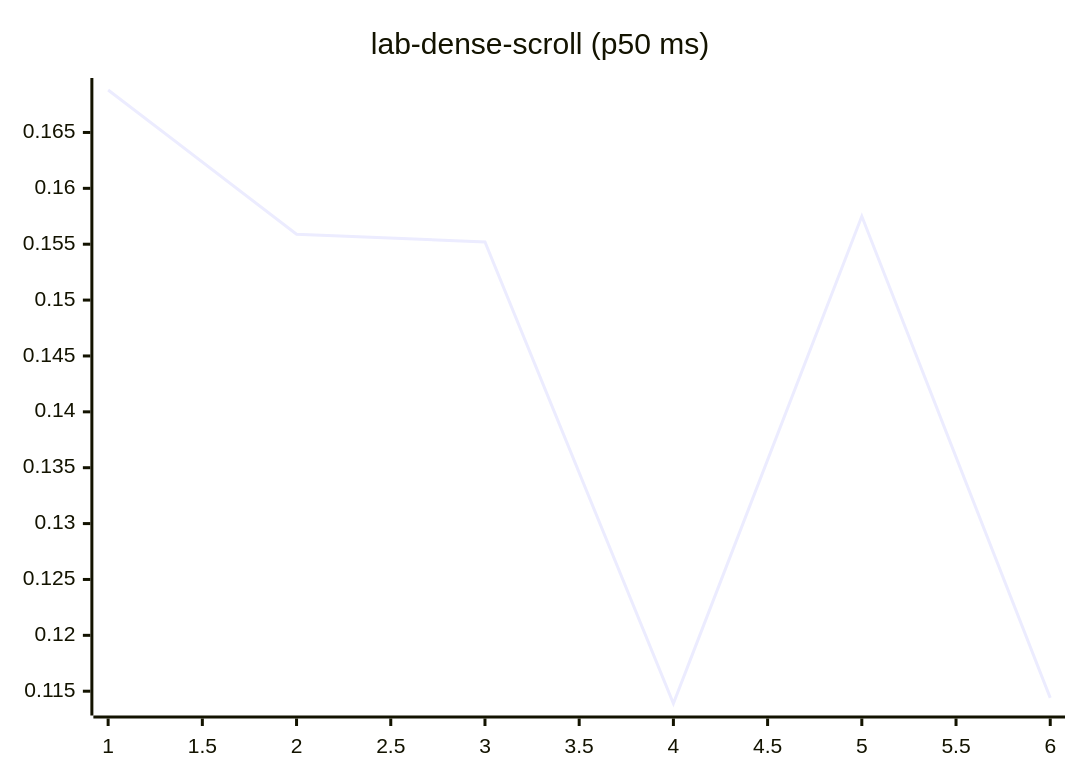
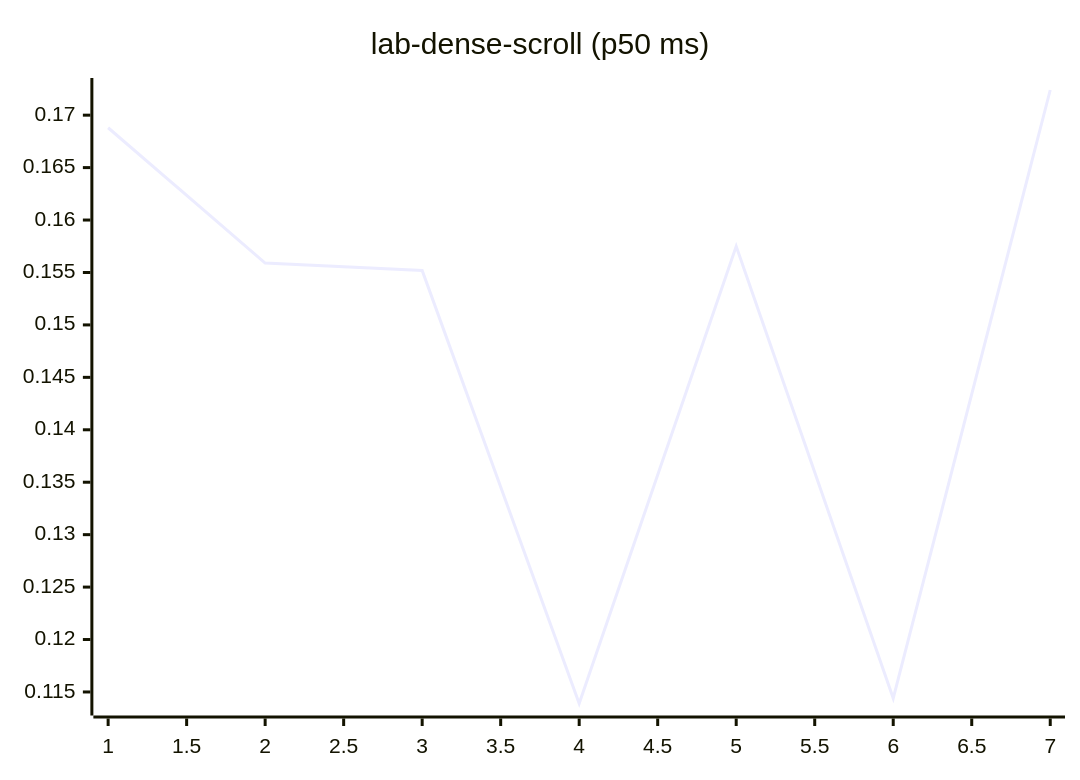
Before and after one commit to josha/Facet: diagram 12 of 27 in README.md, drawn with Mermaid. The commit also changed other lines of this file and 2 other files, not shown here.

````diff
--- a/README.md
+++ b/README.md
@@ -140,6 +140,6 @@
 ```mermaid
 xychart-beta
     title "lab-dense-scroll (p50 ms)"
-    x-axis 1 --> 6
-    line [0.1688, 0.1559, 0.1552, 0.1139, 0.1575, 0.1144]
+    x-axis 1 --> 7
+    line [0.1688, 0.1559, 0.1552, 0.1139, 0.1575, 0.1144, 0.1724]
 ```
````
